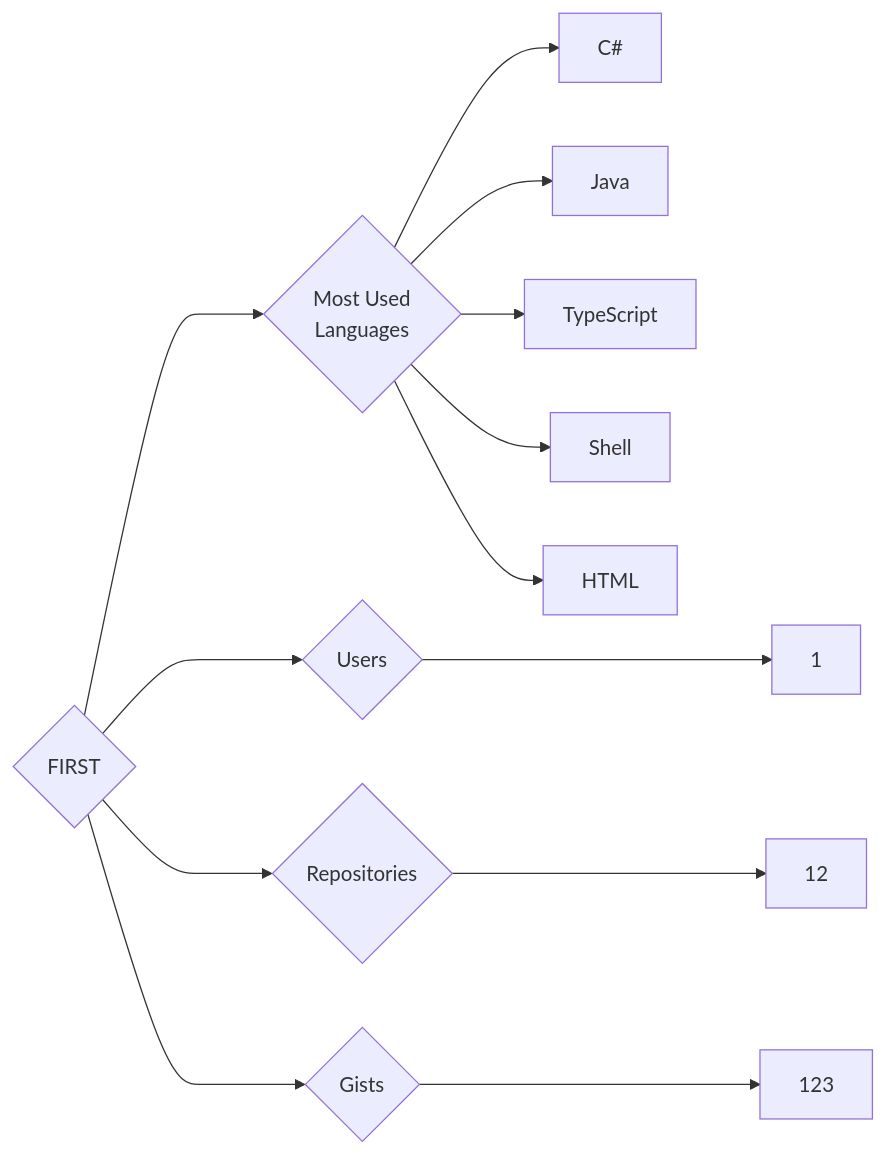
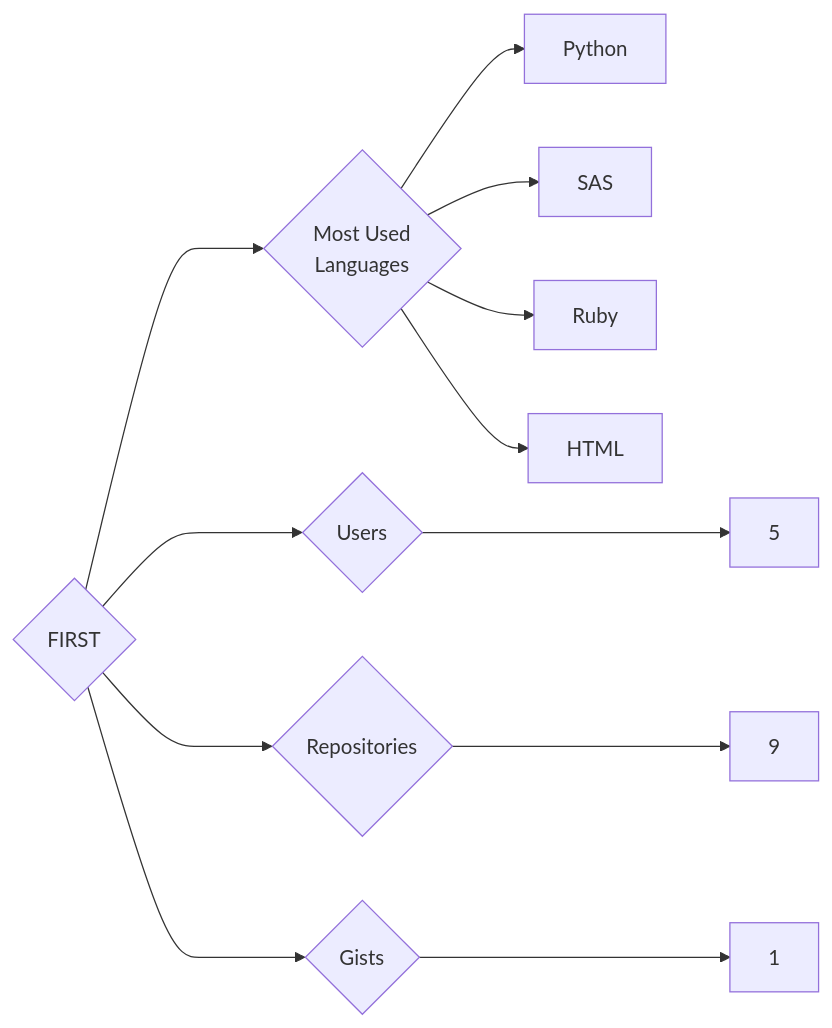
Before and after one commit to trickest/insiders: the diagram in targets/FIRST/README.md, drawn with Mermaid. The commit also changed 679 other files, not shown here.

````diff
--- a/targets/FIRST/README.md
+++ b/targets/FIRST/README.md
@@ -3,13 +3,12 @@
 ```mermaid
 graph LR
 COMPANY_NAME{FIRST}
-COMPANY_NAME ---> U{Users} ---> UN[1]
-COMPANY_NAME ---> R{Repositories} ---> RN[12]
-COMPANY_NAME ---> G{Gists} ---> GN[123]
+COMPANY_NAME ---> U{Users} ---> UN[5]
+COMPANY_NAME ---> R{Repositories} ---> RN[9]
+COMPANY_NAME ---> G{Gists} ---> GN[1]
 COMPANY_NAME ---> ML{Most Used<br>Languages}
-ML --> C#[C#]
-ML --> Java[Java]
-ML --> TypeScript[TypeScript]
-ML --> Shell[Shell]
+ML --> Python[Python]
+ML --> SAS[SAS]
+ML --> Ruby[Ruby]
 ML --> HTML[HTML]
 ```
````
